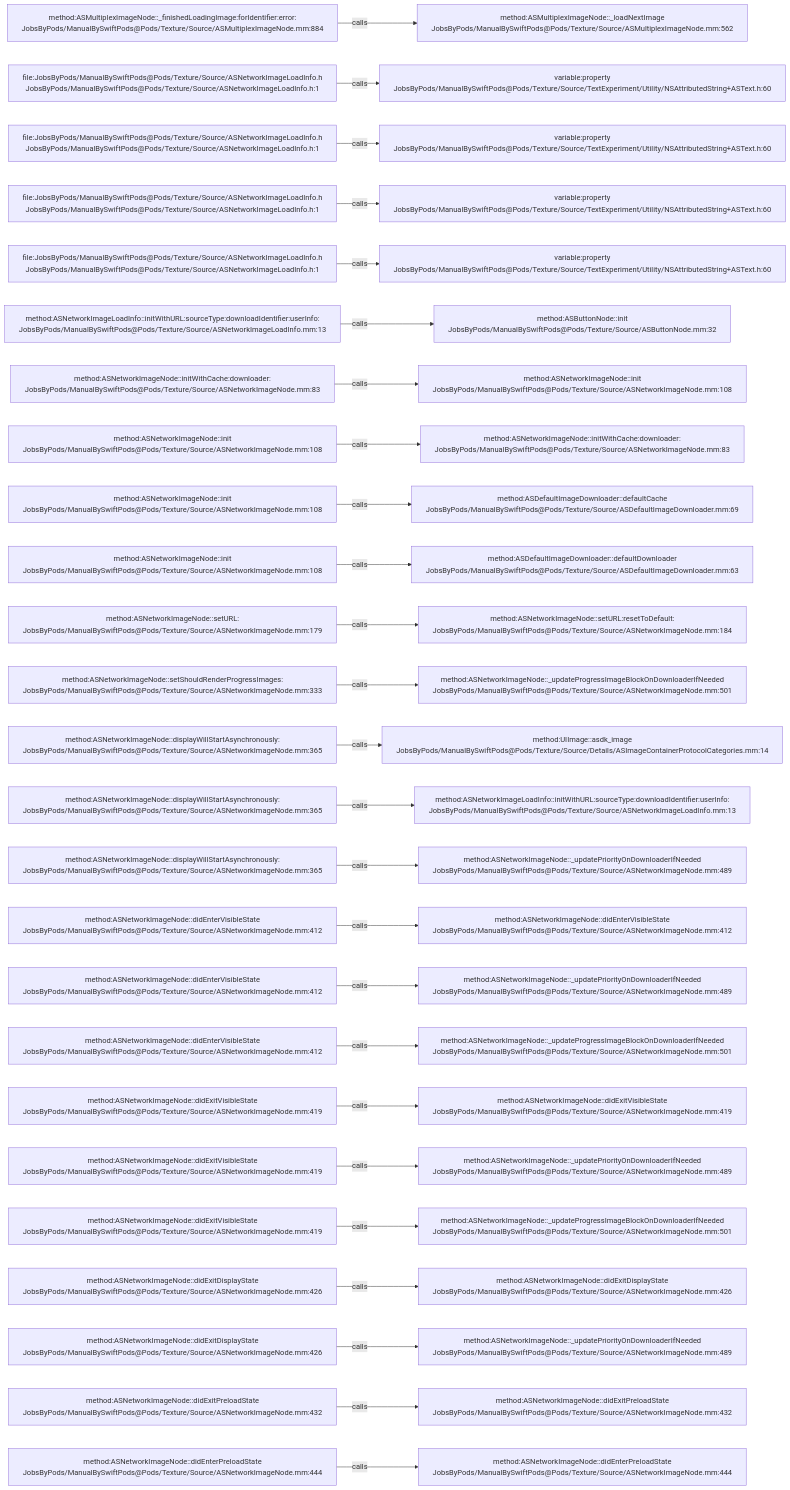
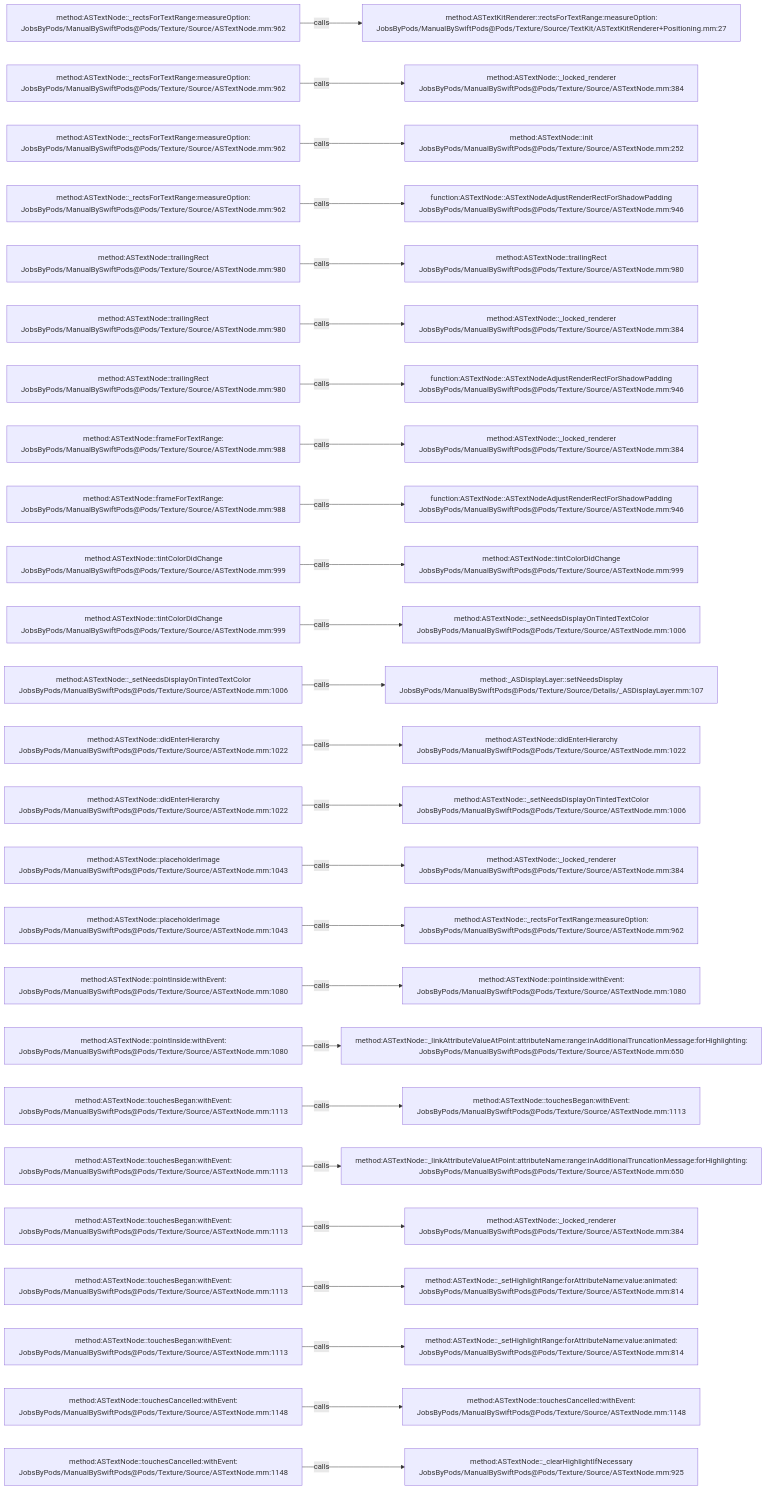
Before and after one commit to JobsKits/JobsSwiftBaseConfigDemo: the diagram in .codegraph/codegraph.md/graphs/calls-068.md, drawn with Mermaid. The commit also changed 832 other files, not shown here.

````diff
--- a/.codegraph/codegraph.md/graphs/calls-068.md
+++ b/.codegraph/codegraph.md/graphs/calls-068.md
@@ -13,78 +13,78 @@
 ```mermaid
 flowchart LR
-  S1["method:ASMultiplexImageNode::_finishedLoadingImage:forIdentifier:error:<br/>JobsByPods/ManualBySwiftPods@Pods/Texture/Source/ASMultiplexImageNode.mm:884"]
-  T1["method:ASMultiplexImageNode::_loadNextImage<br/>JobsByPods/ManualBySwiftPods@Pods/Texture/Source/ASMultiplexImageNode.mm:562"]
+  S1["method:ASTextNode::_rectsForTextRange:measureOption:<br/>JobsByPods/ManualBySwiftPods@Pods/Texture/Source/ASTextNode.mm:962"]
+  T1["method:ASTextKitRenderer::rectsForTextRange:measureOption:<br/>JobsByPods/ManualBySwiftPods@Pods/Texture/Source/TextKit/ASTextKitRenderer+Positioning.mm:27"]
   S1 -->|calls| T1
-  S2["file:JobsByPods/ManualBySwiftPods@Pods/Texture/Source/ASNetworkImageLoadInfo.h<br/>JobsByPods/ManualBySwiftPods@Pods/Texture/Source/ASNetworkImageLoadInfo.h:1"]
-  T2["variable:property<br/>JobsByPods/ManualBySwiftPods@Pods/Texture/Source/TextExperiment/Utility/NSAttributedString+ASText.h:60"]
+  S2["method:ASTextNode::_rectsForTextRange:measureOption:<br/>JobsByPods/ManualBySwiftPods@Pods/Texture/Source/ASTextNode.mm:962"]
+  T2["method:ASTextNode::_locked_renderer<br/>JobsByPods/ManualBySwiftPods@Pods/Texture/Source/ASTextNode.mm:384"]
   S2 -->|calls| T2
-  S3["file:JobsByPods/ManualBySwiftPods@Pods/Texture/Source/ASNetworkImageLoadInfo.h<br/>JobsByPods/ManualBySwiftPods@Pods/Texture/Source/ASNetworkImageLoadInfo.h:1"]
-  T3["variable:property<br/>JobsByPods/ManualBySwiftPods@Pods/Texture/Source/TextExperiment/Utility/NSAttributedString+ASText.h:60"]
+  S3["method:ASTextNode::_rectsForTextRange:measureOption:<br/>JobsByPods/ManualBySwiftPods@Pods/Texture/Source/ASTextNode.mm:962"]
+  T3["method:ASTextNode::init<br/>JobsByPods/ManualBySwiftPods@Pods/Texture/Source/ASTextNode.mm:252"]
   S3 -->|calls| T3
-  S4["file:JobsByPods/ManualBySwiftPods@Pods/Texture/Source/ASNetworkImageLoadInfo.h<br/>JobsByPods/ManualBySwiftPods@Pods/Texture/Source/ASNetworkImageLoadInfo.h:1"]
-  T4["variable:property<br/>JobsByPods/ManualBySwiftPods@Pods/Texture/Source/TextExperiment/Utility/NSAttributedString+ASText.h:60"]
+  S4["method:ASTextNode::_rectsForTextRange:measureOption:<br/>JobsByPods/ManualBySwiftPods@Pods/Texture/Source/ASTextNode.mm:962"]
+  T4["function:ASTextNode::ASTextNodeAdjustRenderRectForShadowPadding<br/>JobsByPods/ManualBySwiftPods@Pods/Texture/Source/ASTextNode.mm:946"]
   S4 -->|calls| T4
-  S5["file:JobsByPods/ManualBySwiftPods@Pods/Texture/Source/ASNetworkImageLoadInfo.h<br/>JobsByPods/ManualBySwiftPods@Pods/Texture/Source/ASNetworkImageLoadInfo.h:1"]
-  T5["variable:property<br/>JobsByPods/ManualBySwiftPods@Pods/Texture/Source/TextExperiment/Utility/NSAttributedString+ASText.h:60"]
+  S5["method:ASTextNode::trailingRect<br/>JobsByPods/ManualBySwiftPods@Pods/Texture/Source/ASTextNode.mm:980"]
+  T5["method:ASTextNode::trailingRect<br/>JobsByPods/ManualBySwiftPods@Pods/Texture/Source/ASTextNode.mm:980"]
   S5 -->|calls| T5
-  S6["method:ASNetworkImageLoadInfo::initWithURL:sourceType:downloadIdentifier:userInfo:<br/>JobsByPods/ManualBySwiftPods@Pods/Texture/Source/ASNetworkImageLoadInfo.mm:13"]
-  T6["method:ASButtonNode::init<br/>JobsByPods/ManualBySwiftPods@Pods/Texture/Source/ASButtonNode.mm:32"]
+  S6["method:ASTextNode::trailingRect<br/>JobsByPods/ManualBySwiftPods@Pods/Texture/Source/ASTextNode.mm:980"]
+  T6["method:ASTextNode::_locked_renderer<br/>JobsByPods/ManualBySwiftPods@Pods/Texture/Source/ASTextNode.mm:384"]
   S6 -->|calls| T6
-  S7["method:ASNetworkImageNode::initWithCache:downloader:<br/>JobsByPods/ManualBySwiftPods@Pods/Texture/Source/ASNetworkImageNode.mm:83"]
-  T7["method:ASNetworkImageNode::init<br/>JobsByPods/ManualBySwiftPods@Pods/Texture/Source/ASNetworkImageNode.mm:108"]
+  S7["method:ASTextNode::trailingRect<br/>JobsByPods/ManualBySwiftPods@Pods/Texture/Source/ASTextNode.mm:980"]
+  T7["function:ASTextNode::ASTextNodeAdjustRenderRectForShadowPadding<br/>JobsByPods/ManualBySwiftPods@Pods/Texture/Source/ASTextNode.mm:946"]
   S7 -->|calls| T7
-  S8["method:ASNetworkImageNode::init<br/>JobsByPods/ManualBySwiftPods@Pods/Texture/Source/ASNetworkImageNode.mm:108"]
-  T8["method:ASNetworkImageNode::initWithCache:downloader:<br/>JobsByPods/ManualBySwiftPods@Pods/Texture/Source/ASNetworkImageNode.mm:83"]
+  S8["method:ASTextNode::frameForTextRange:<br/>JobsByPods/ManualBySwiftPods@Pods/Texture/Source/ASTextNode.mm:988"]
+  T8["method:ASTextNode::_locked_renderer<br/>JobsByPods/ManualBySwiftPods@Pods/Texture/Source/ASTextNode.mm:384"]
   S8 -->|calls| T8
-  S9["method:ASNetworkImageNode::init<br/>JobsByPods/ManualBySwiftPods@Pods/Texture/Source/ASNetworkImageNode.mm:108"]
-  T9["method:ASDefaultImageDownloader::defaultCache<br/>JobsByPods/ManualBySwiftPods@Pods/Texture/Source/ASDefaultImageDownloader.mm:69"]
+  S9["method:ASTextNode::frameForTextRange:<br/>JobsByPods/ManualBySwiftPods@Pods/Texture/Source/ASTextNode.mm:988"]
+  T9["function:ASTextNode::ASTextNodeAdjustRenderRectForShadowPadding<br/>JobsByPods/ManualBySwiftPods@Pods/Texture/Source/ASTextNode.mm:946"]
   S9 -->|calls| T9
-  S10["method:ASNetworkImageNode::init<br/>JobsByPods/ManualBySwiftPods@Pods/Texture/Source/ASNetworkImageNode.mm:108"]
-  T10["method:ASDefaultImageDownloader::defaultDownloader<br/>JobsByPods/ManualBySwiftPods@Pods/Texture/Source/ASDefaultImageDownloader.mm:63"]
+  S10["method:ASTextNode::tintColorDidChange<br/>JobsByPods/ManualBySwiftPods@Pods/Texture/Source/ASTextNode.mm:999"]
+  T10["method:ASTextNode::tintColorDidChange<br/>JobsByPods/ManualBySwiftPods@Pods/Texture/Source/ASTextNode.mm:999"]
   S10 -->|calls| T10
-  S11["method:ASNetworkImageNode::setURL:<br/>JobsByPods/ManualBySwiftPods@Pods/Texture/Source/ASNetworkImageNode.mm:179"]
-  T11["method:ASNetworkImageNode::setURL:resetToDefault:<br/>JobsByPods/ManualBySwiftPods@Pods/Texture/Source/ASNetworkImageNode.mm:184"]
+  S11["method:ASTextNode::tintColorDidChange<br/>JobsByPods/ManualBySwiftPods@Pods/Texture/Source/ASTextNode.mm:999"]
+  T11["method:ASTextNode::_setNeedsDisplayOnTintedTextColor<br/>JobsByPods/ManualBySwiftPods@Pods/Texture/Source/ASTextNode.mm:1006"]
   S11 -->|calls| T11
-  S12["method:ASNetworkImageNode::setShouldRenderProgressImages:<br/>JobsByPods/ManualBySwiftPods@Pods/Texture/Source/ASNetworkImageNode.mm:333"]
-  T12["method:ASNetworkImageNode::_updateProgressImageBlockOnDownloaderIfNeeded<br/>JobsByPods/ManualBySwiftPods@Pods/Texture/Source/ASNetworkImageNode.mm:501"]
+  S12["method:ASTextNode::_setNeedsDisplayOnTintedTextColor<br/>JobsByPods/ManualBySwiftPods@Pods/Texture/Source/ASTextNode.mm:1006"]
+  T12["method:_ASDisplayLayer::setNeedsDisplay<br/>JobsByPods/ManualBySwiftPods@Pods/Texture/Source/Details/_ASDisplayLayer.mm:107"]
   S12 -->|calls| T12
-  S13["method:ASNetworkImageNode::displayWillStartAsynchronously:<br/>JobsByPods/ManualBySwiftPods@Pods/Texture/Source/ASNetworkImageNode.mm:365"]
-  T13["method:UIImage::asdk_image<br/>JobsByPods/ManualBySwiftPods@Pods/Texture/Source/Details/ASImageContainerProtocolCategories.mm:14"]
+  S13["method:ASTextNode::didEnterHierarchy<br/>JobsByPods/ManualBySwiftPods@Pods/Texture/Source/ASTextNode.mm:1022"]
+  T13["method:ASTextNode::didEnterHierarchy<br/>JobsByPods/ManualBySwiftPods@Pods/Texture/Source/ASTextNode.mm:1022"]
   S13 -->|calls| T13
-  S14["method:ASNetworkImageNode::displayWillStartAsynchronously:<br/>JobsByPods/ManualBySwiftPods@Pods/Texture/Source/ASNetworkImageNode.mm:365"]
-  T14["method:ASNetworkImageLoadInfo::initWithURL:sourceType:downloadIdentifier:userInfo:<br/>JobsByPods/ManualBySwiftPods@Pods/Texture/Source/ASNetworkImageLoadInfo.mm:13"]
+  S14["method:ASTextNode::didEnterHierarchy<br/>JobsByPods/ManualBySwiftPods@Pods/Texture/Source/ASTextNode.mm:1022"]
+  T14["method:ASTextNode::_setNeedsDisplayOnTintedTextColor<br/>JobsByPods/ManualBySwiftPods@Pods/Texture/Source/ASTextNode.mm:1006"]
   S14 -->|calls| T14
-  S15["method:ASNetworkImageNode::displayWillStartAsynchronously:<br/>JobsByPods/ManualBySwiftPods@Pods/Texture/Source/ASNetworkImageNode.mm:365"]
-  T15["method:ASNetworkImageNode::_updatePriorityOnDownloaderIfNeeded<br/>JobsByPods/ManualBySwiftPods@Pods/Texture/Source/ASNetworkImageNode.mm:489"]
+  S15["method:ASTextNode::placeholderImage<br/>JobsByPods/ManualBySwiftPods@Pods/Texture/Source/ASTextNode.mm:1043"]
+  T15["method:ASTextNode::_locked_renderer<br/>JobsByPods/ManualBySwiftPods@Pods/Texture/Source/ASTextNode.mm:384"]
   S15 -->|calls| T15
-  S16["method:ASNetworkImageNode::didEnterVisibleState<br/>JobsByPods/ManualBySwiftPods@Pods/Texture/Source/ASNetworkImageNode.mm:412"]
-  T16["method:ASNetworkImageNode::didEnterVisibleState<br/>JobsByPods/ManualBySwiftPods@Pods/Texture/Source/ASNetworkImageNode.mm:412"]
+  S16["method:ASTextNode::placeholderImage<br/>JobsByPods/ManualBySwiftPods@Pods/Texture/Source/ASTextNode.mm:1043"]
+  T16["method:ASTextNode::_rectsForTextRange:measureOption:<br/>JobsByPods/ManualBySwiftPods@Pods/Texture/Source/ASTextNode.mm:962"]
   S16 -->|calls| T16
-  S17["method:ASNetworkImageNode::didEnterVisibleState<br/>JobsByPods/ManualBySwiftPods@Pods/Texture/Source/ASNetworkImageNode.mm:412"]
-  T17["method:ASNetworkImageNode::_updatePriorityOnDownloaderIfNeeded<br/>JobsByPods/ManualBySwiftPods@Pods/Texture/Source/ASNetworkImageNode.mm:489"]
+  S17["method:ASTextNode::pointInside:withEvent:<br/>JobsByPods/ManualBySwiftPods@Pods/Texture/Source/ASTextNode.mm:1080"]
+  T17["method:ASTextNode::pointInside:withEvent:<br/>JobsByPods/ManualBySwiftPods@Pods/Texture/Source/ASTextNode.mm:1080"]
   S17 -->|calls| T17
-  S18["method:ASNetworkImageNode::didEnterVisibleState<br/>JobsByPods/ManualBySwiftPods@Pods/Texture/Source/ASNetworkImageNode.mm:412"]
-  T18["method:ASNetworkImageNode::_updateProgressImageBlockOnDownloaderIfNeeded<br/>JobsByPods/ManualBySwiftPods@Pods/Texture/Source/ASNetworkImageNode.mm:501"]
+  S18["method:ASTextNode::pointInside:withEvent:<br/>JobsByPods/ManualBySwiftPods@Pods/Texture/Source/ASTextNode.mm:1080"]
+  T18["method:ASTextNode::_linkAttributeValueAtPoint:attributeName:range:inAdditionalTruncationMessage:forHighlighting:<br/>JobsByPods/ManualBySwiftPods@Pods/Texture/Source/ASTextNode.mm:650"]
   S18 -->|calls| T18
-  S19["method:ASNetworkImageNode::didExitVisibleState<br/>JobsByPods/ManualBySwiftPods@Pods/Texture/Source/ASNetworkImageNode.mm:419"]
-  T19["method:ASNetworkImageNode::didExitVisibleState<br/>JobsByPods/ManualBySwiftPods@Pods/Texture/Source/ASNetworkImageNode.mm:419"]
+  S19["method:ASTextNode::touchesBegan:withEvent:<br/>JobsByPods/ManualBySwiftPods@Pods/Texture/Source/ASTextNode.mm:1113"]
+  T19["method:ASTextNode::touchesBegan:withEvent:<br/>JobsByPods/ManualBySwiftPods@Pods/Texture/Source/ASTextNode.mm:1113"]
   S19 -->|calls| T19
-  S20["method:ASNetworkImageNode::didExitVisibleState<br/>JobsByPods/ManualBySwiftPods@Pods/Texture/Source/ASNetworkImageNode.mm:419"]
-  T20["method:ASNetworkImageNode::_updatePriorityOnDownloaderIfNeeded<br/>JobsByPods/ManualBySwiftPods@Pods/Texture/Source/ASNetworkImageNode.mm:489"]
+  S20["method:ASTextNode::touchesBegan:withEvent:<br/>JobsByPods/ManualBySwiftPods@Pods/Texture/Source/ASTextNode.mm:1113"]
+  T20["method:ASTextNode::_linkAttributeValueAtPoint:attributeName:range:inAdditionalTruncationMessage:forHighlighting:<br/>JobsByPods/ManualBySwiftPods@Pods/Texture/Source/ASTextNode.mm:650"]
   S20 -->|calls| T20
-  S21["method:ASNetworkImageNode::didExitVisibleState<br/>JobsByPods/ManualBySwiftPods@Pods/Texture/Source/ASNetworkImageNode.mm:419"]
-  T21["method:ASNetworkImageNode::_updateProgressImageBlockOnDownloaderIfNeeded<br/>JobsByPods/ManualBySwiftPods@Pods/Texture/Source/ASNetworkImageNode.mm:501"]
+  S21["method:ASTextNode::touchesBegan:withEvent:<br/>JobsByPods/ManualBySwiftPods@Pods/Texture/Source/ASTextNode.mm:1113"]
+  T21["method:ASTextNode::_locked_renderer<br/>JobsByPods/ManualBySwiftPods@Pods/Texture/Source/ASTextNode.mm:384"]
   S21 -->|calls| T21
-  S22["method:ASNetworkImageNode::didExitDisplayState<br/>JobsByPods/ManualBySwiftPods@Pods/Texture/Source/ASNetworkImageNode.mm:426"]
-  T22["method:ASNetworkImageNode::didExitDisplayState<br/>JobsByPods/ManualBySwiftPods@Pods/Texture/Source/ASNetworkImageNode.mm:426"]
+  S22["method:ASTextNode::touchesBegan:withEvent:<br/>JobsByPods/ManualBySwiftPods@Pods/Texture/Source/ASTextNode.mm:1113"]
+  T22["method:ASTextNode::_setHighlightRange:forAttributeName:value:animated:<br/>JobsByPods/ManualBySwiftPods@Pods/Texture/Source/ASTextNode.mm:814"]
   S22 -->|calls| T22
-  S23["method:ASNetworkImageNode::didExitDisplayState<br/>JobsByPods/ManualBySwiftPods@Pods/Texture/Source/ASNetworkImageNode.mm:426"]
-  T23["method:ASNetworkImageNode::_updatePriorityOnDownloaderIfNeeded<br/>JobsByPods/ManualBySwiftPods@Pods/Texture/Source/ASNetworkImageNode.mm:489"]
+  S23["method:ASTextNode::touchesBegan:withEvent:<br/>JobsByPods/ManualBySwiftPods@Pods/Texture/Source/ASTextNode.mm:1113"]
+  T23["method:ASTextNode::_setHighlightRange:forAttributeName:value:animated:<br/>JobsByPods/ManualBySwiftPods@Pods/Texture/Source/ASTextNode.mm:814"]
   S23 -->|calls| T23
-  S24["method:ASNetworkImageNode::didExitPreloadState<br/>JobsByPods/ManualBySwiftPods@Pods/Texture/Source/ASNetworkImageNode.mm:432"]
-  T24["method:ASNetworkImageNode::didExitPreloadState<br/>JobsByPods/ManualBySwiftPods@Pods/Texture/Source/ASNetworkImageNode.mm:432"]
+  S24["method:ASTextNode::touchesCancelled:withEvent:<br/>JobsByPods/ManualBySwiftPods@Pods/Texture/Source/ASTextNode.mm:1148"]
+  T24["method:ASTextNode::touchesCancelled:withEvent:<br/>JobsByPods/ManualBySwiftPods@Pods/Texture/Source/ASTextNode.mm:1148"]
   S24 -->|calls| T24
-  S25["method:ASNetworkImageNode::didEnterPreloadState<br/>JobsByPods/ManualBySwiftPods@Pods/Texture/Source/ASNetworkImageNode.mm:444"]
-  T25["method:ASNetworkImageNode::didEnterPreloadState<br/>JobsByPods/ManualBySwiftPods@Pods/Texture/Source/ASNetworkImageNode.mm:444"]
+  S25["method:ASTextNode::touchesCancelled:withEvent:<br/>JobsByPods/ManualBySwiftPods@Pods/Texture/Source/ASTextNode.mm:1148"]
+  T25["method:ASTextNode::_clearHighlightIfNecessary<br/>JobsByPods/ManualBySwiftPods@Pods/Texture/Source/ASTextNode.mm:925"]
   S25 -->|calls| T25
 ```
````
